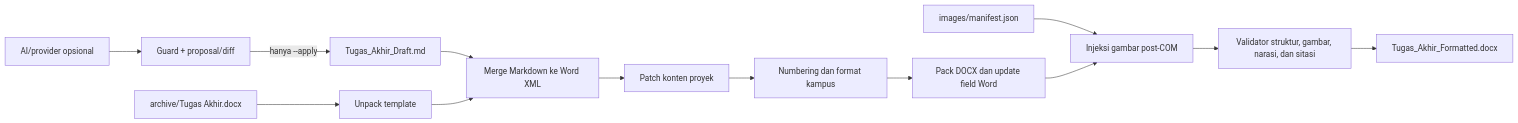
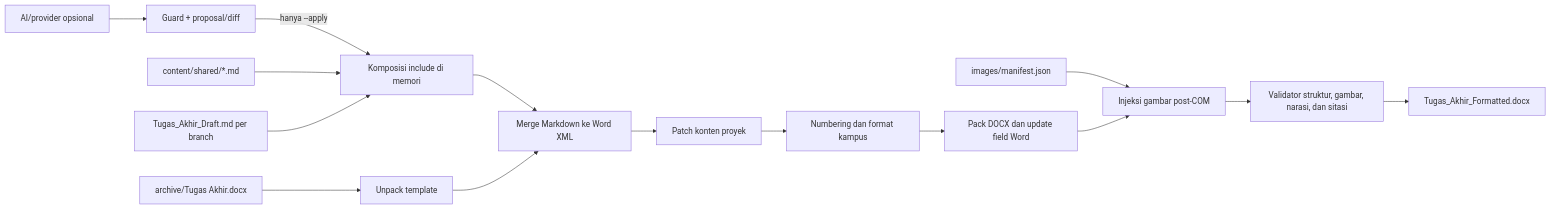
One commit to Jokskuyy/workflow-ta-proyek changed the diagram in DOKUMENTASI-PIPELINE.md. Above: the diagram before and after it, drawn with Mermaid. The commit also changed other lines of this file and 18 other files, not shown here.

Commit message:
feat(pipeline): compose shared report content

````diff
--- a/DOKUMENTASI-PIPELINE.md
+++ b/DOKUMENTASI-PIPELINE.md
@@ -17,15 +17,17 @@
 ```mermaid
 flowchart LR
     L["AI/provider opsional"] --> M["Guard + proposal/diff"]
     M -->|"hanya --apply"| A
-    A["Tugas_Akhir_Draft.md"] --> B["Merge Markdown ke Word XML"]
+    S["content/shared/*.md"] --> A["Komposisi include di memori"]
+    R["Tugas_Akhir_Draft.md per branch"] --> A
+    A --> B["Merge Markdown ke Word XML"]
     C["archive/Tugas Akhir.docx"] --> D["Unpack template"]
     D --> B
     B --> E["Patch konten proyek"]
     E --> F["Numbering dan format kampus"]
     F --> G["Pack DOCX dan update field Word"]
     H["images/manifest.json"] --> I["Injeksi gambar post-COM"]
     G --> I
     I --> J["Validator struktur, gambar, narasi, dan sitasi"]
     J --> K["Tugas_Akhir_Formatted.docx"]
 ```
````
